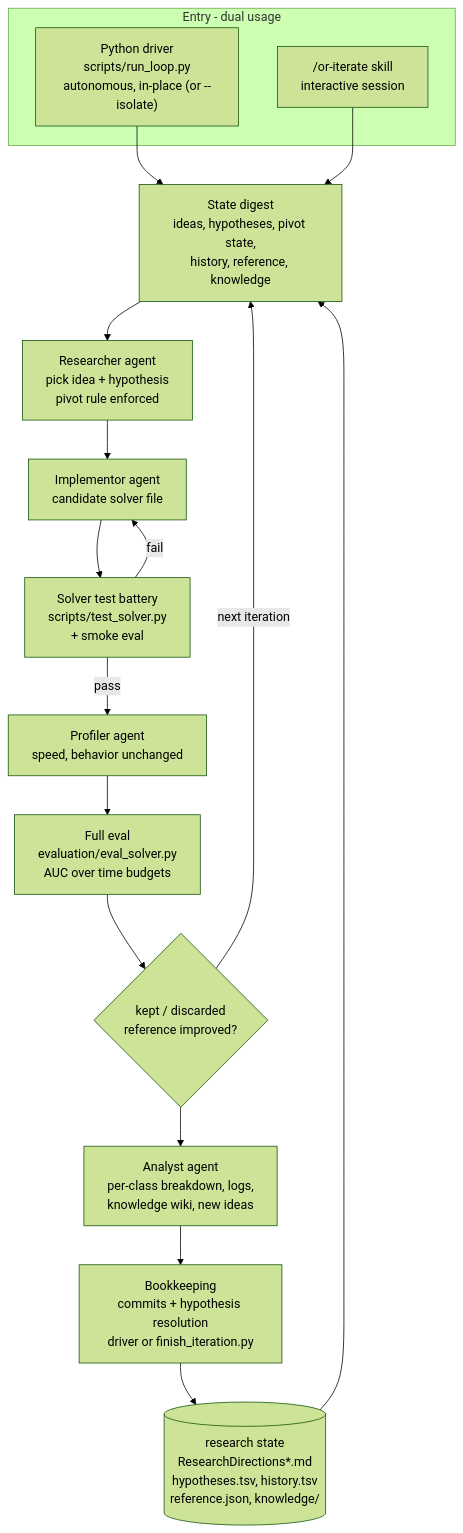
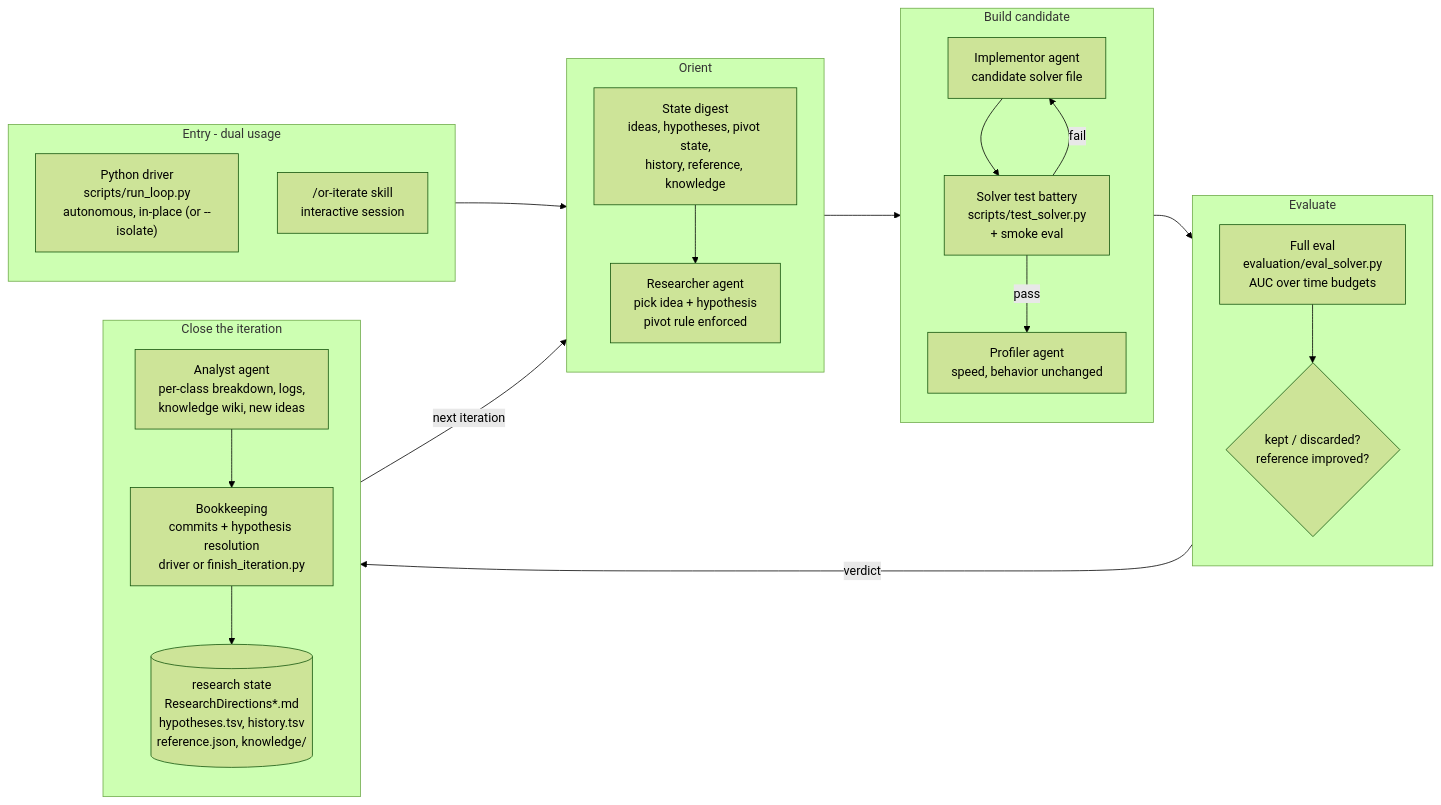
The diagram in README.md (nonvisual/or_autoresearch), drawn with Mermaid (forest theme) before and after one commit.

Commit message:
docs: rebalance the README loop diagram into phase columns
The flowchart was a single 12-node vertical chain (very tall, narrow).
Restructure to five phase columns (Entry, Orient, Build, Evaluate, Close)
flowing left-to-right, each stacking its nodes top-to-bottom; phase edges
are subgraph-to-subgraph so the inner vertical direction is respected.
Merges the two redundant back-edges into the digest into one labeled
next-iteration loop.

````diff
--- a/README.md
+++ b/README.md
@@ -11,31 +11,42 @@
 ```mermaid
-flowchart TD
-    subgraph entry["Entry - dual usage"]
+flowchart LR
+    subgraph P1["Entry - dual usage"]
+        direction TB
         DRV["Python driver<br/>scripts/run_loop.py<br/>autonomous, in-place (or --isolate)"]
         SKL["/or-iterate skill<br/>interactive session"]
     end
-    DIG["State digest<br/>ideas, hypotheses, pivot state,<br/>history, reference, knowledge"]
-    RES["Researcher agent<br/>pick idea + hypothesis<br/>pivot rule enforced"]
-    IMP["Implementor agent<br/>candidate solver file"]
-    BAT["Solver test battery<br/>scripts/test_solver.py<br/>+ smoke eval"]
-    PRO["Profiler agent<br/>speed, behavior unchanged"]
-    EV["Full eval<br/>evaluation/eval_solver.py<br/>AUC over time budgets"]
-    KD{"kept / discarded<br/>reference improved?"}
-    ANA["Analyst agent<br/>per-class breakdown, logs,<br/>knowledge wiki, new ideas"]
-    BK["Bookkeeping<br/>commits + hypothesis resolution<br/>driver or finish_iteration.py"]
-    ST[("research state<br/>ResearchDirections*.md<br/>hypotheses.tsv, history.tsv<br/>reference.json, knowledge/")]
-    DRV --> DIG
-    SKL --> DIG
-    DIG --> RES
-    RES --> IMP
-    IMP --> BAT
-    BAT -->|pass| PRO
-    BAT -->|fail| IMP
-    PRO --> EV
-    EV --> KD
-    KD --> ANA
-    ANA --> BK
-    BK --> ST
-    ST --> DIG
-    KD -->|next iteration| DIG
+    subgraph P2["Orient"]
+        direction TB
+        DIG["State digest<br/>ideas, hypotheses, pivot state,<br/>history, reference, knowledge"]
+        RES["Researcher agent<br/>pick idea + hypothesis<br/>pivot rule enforced"]
+        DIG --> RES
+    end
+    subgraph P3["Build candidate"]
+        direction TB
+        IMP["Implementor agent<br/>candidate solver file"]
+        BAT["Solver test battery<br/>scripts/test_solver.py<br/>+ smoke eval"]
+        PRO["Profiler agent<br/>speed, behavior unchanged"]
+        IMP --> BAT
+        BAT -->|pass| PRO
+        BAT -->|fail| IMP
+    end
+    subgraph P4["Evaluate"]
+        direction TB
+        EV["Full eval<br/>evaluation/eval_solver.py<br/>AUC over time budgets"]
+        KD{"kept / discarded?<br/>reference improved?"}
+        EV --> KD
+    end
+    subgraph P5["Close the iteration"]
+        direction TB
+        ANA["Analyst agent<br/>per-class breakdown, logs,<br/>knowledge wiki, new ideas"]
+        BK["Bookkeeping<br/>commits + hypothesis resolution<br/>driver or finish_iteration.py"]
+        ST[("research state<br/>ResearchDirections*.md<br/>hypotheses.tsv, history.tsv<br/>reference.json, knowledge/")]
+        ANA --> BK
+        BK --> ST
+    end
+    P1 --> P2
+    P2 --> P3
+    P3 --> P4
+    P4 -->|verdict| P5
+    P5 -->|next iteration| P2
 ```
````
